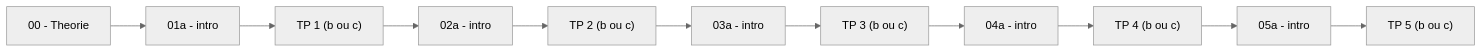
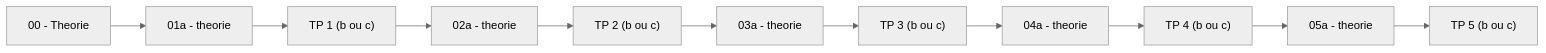
Before and after one commit to inskillflow/terraform-with-localstack-v1: the second of 2 diagrams in README.md, drawn with Mermaid (neutral theme). The commit also changed other lines of this file and 6 other files, not shown here.

````diff
--- a/README.md
+++ b/README.md
@@ -193,13 +193,13 @@
 ```mermaid
 flowchart LR
-    Th["00 - Theorie"] --> Ch1a["01a - intro"]
+    Th["00 - Theorie"] --> Ch1a["01a - theorie"]
     Ch1a --> Ch1["TP 1 (b ou c)"]
-    Ch1 --> Ch2a["02a - intro"]
+    Ch1 --> Ch2a["02a - theorie"]
     Ch2a --> Ch2["TP 2 (b ou c)"]
-    Ch2 --> Ch3a["03a - intro"]
+    Ch2 --> Ch3a["03a - theorie"]
     Ch3a --> Ch3["TP 3 (b ou c)"]
-    Ch3 --> Ch4a["04a - intro"]
+    Ch3 --> Ch4a["04a - theorie"]
     Ch4a --> Ch4["TP 4 (b ou c)"]
-    Ch4 --> Ch5a["05a - intro"]
+    Ch4 --> Ch5a["05a - theorie"]
     Ch5a --> Ch5["TP 5 (b ou c)"]
 ```
````
